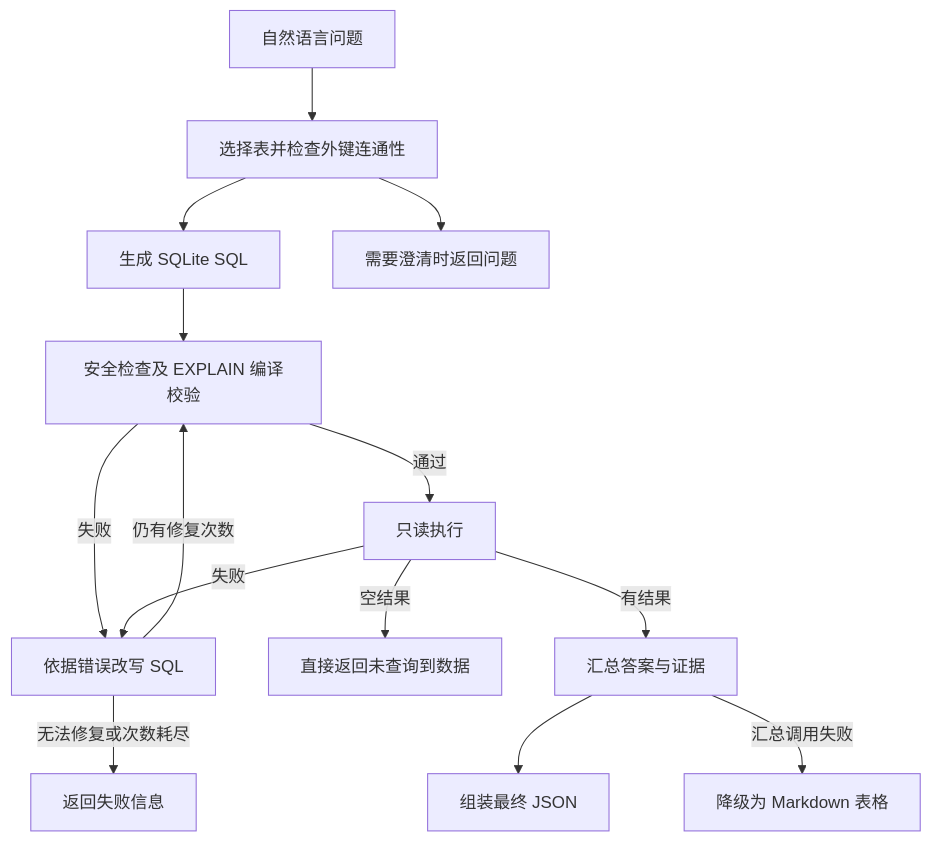
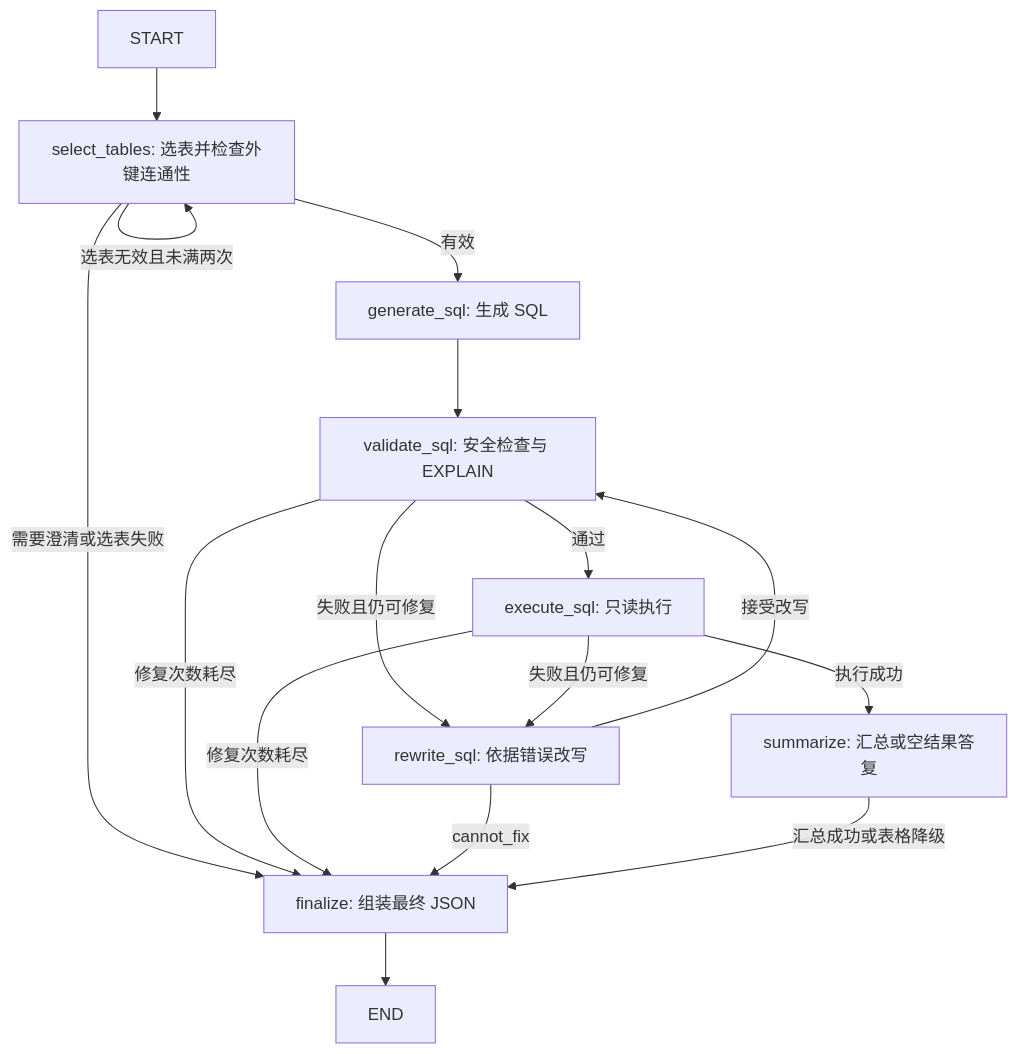
One commit to nlp-OPlBU/hub-iCQD changed the diagram in 殷文翔/Week13/REMADE.md. Above: the diagram before and after it, drawn with Mermaid. The commit also changed other lines of this file and 33 other files, not shown here.

````diff
--- a/殷文翔/Week13/REMADE.md
+++ b/殷文翔/Week13/REMADE.md
@@ -15,16 +19,18 @@
 ```mermaid
 flowchart TD
-    A[自然语言问题] --> B[选择表并检查外键连通性]
-    B --> C[生成 SQLite SQL]
-    B --> Q[需要澄清时返回问题]
-    C --> D[安全检查及 EXPLAIN 编译校验]
-    D -->|通过| E[只读执行]
-    D -->|失败| F[依据错误改写 SQL]
-    E -->|失败| F
-    F -->|仍有修复次数| D
-    F -->|无法修复或次数耗尽| X[返回失败信息]
-    E -->|空结果| N[直接返回未查询到数据]
-    E -->|有结果| G[汇总答案与证据]
-    G --> H[组装最终 JSON]
-    G -->|汇总调用失败| I[降级为 Markdown 表格]
+    START --> B[select_tables: 选表并检查外键连通性]
+    B -->|选表无效且未满两次| B
+    B -->|有效| C[generate_sql: 生成 SQL]
+    B -->|需要澄清或选表失败| H[finalize: 组装最终 JSON]
+    C --> D[validate_sql: 安全检查与 EXPLAIN]
+    D -->|通过| E[execute_sql: 只读执行]
+    D -->|失败且仍可修复| F[rewrite_sql: 依据错误改写]
+    E -->|失败且仍可修复| F
+    D -->|修复次数耗尽| H
+    E -->|修复次数耗尽| H
+    F -->|接受改写| D
+    F -->|cannot_fix| H
+    E -->|执行成功| G[summarize: 汇总或空结果答复]
+    G -->|汇总成功或表格降级| H
+    H --> END
 ```
````
